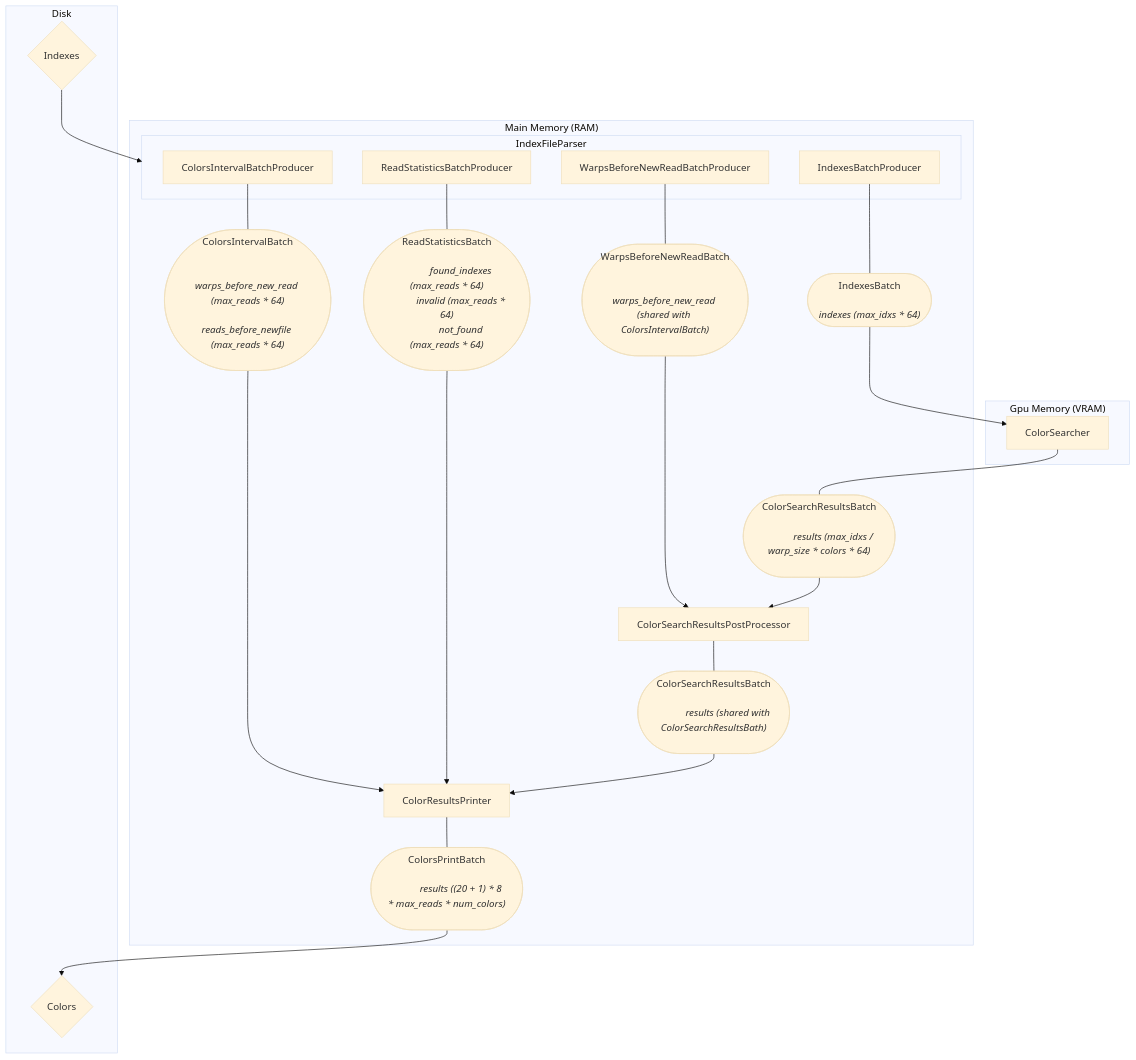
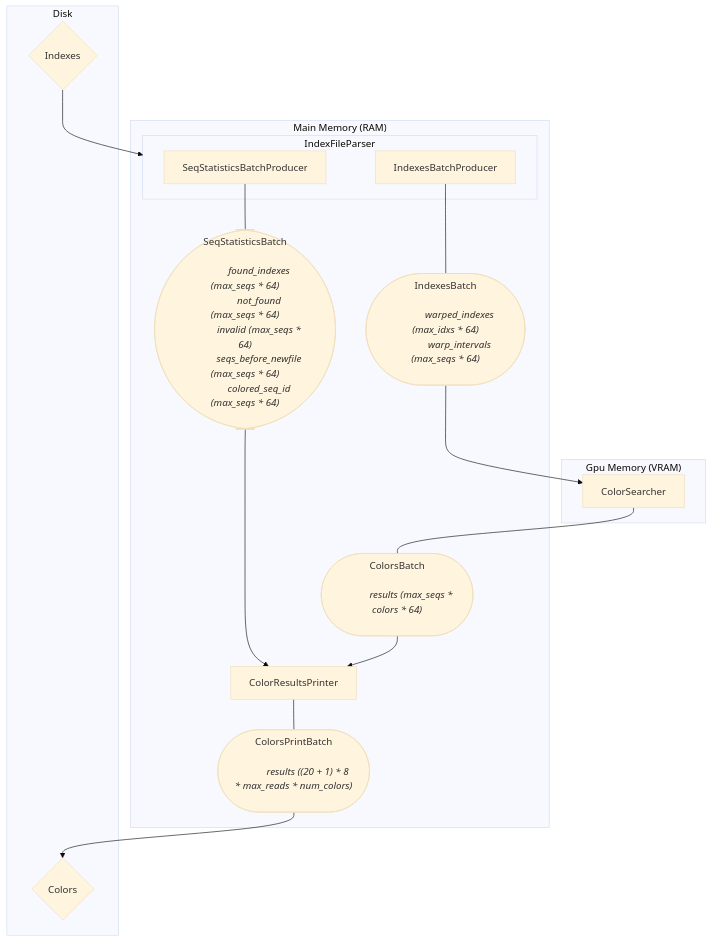
One commit to CowKeyMan/SBWT-Search changed the diagram in documentation/Documents/ProjectDocumentation/graphs/ColorSearchComponentsPipeline.mmd. Above: the diagram before and after it, drawn with Mermaid (base theme).

Commit message:
Update ColorSearchComponentPipeline chart

```diff
--- a/documentation/Documents/ProjectDocumentation/graphs/ColorSearchComponentsPipeline.mmd
+++ b/documentation/Documents/ProjectDocumentation/graphs/ColorSearchComponentsPipeline.mmd
@@ -1,86 +1,61 @@
 flowchart TD
     subgraph "Main Memory (RAM)"
         IndexesBatch(["
             IndexesBatch
             <i>
-            indexes (max_idxs * 64)
+            warped_indexes (max_idxs * 64)
+            warp_intervals (max_seqs * 64)
             </i>
         "])
-        ColorsIntervalBatch(["
-            ColorsIntervalBatch
+        SeqStatisticsBatch(["
+            SeqStatisticsBatch
             <i>
-            warps_before_new_read (max_reads * 64)
-            reads_before_newfile (max_reads * 64)
+            found_indexes (max_seqs * 64)
+            not_found (max_seqs * 64)
+            invalid (max_seqs * 64)
+            seqs_before_newfile (max_seqs * 64)
+            colored_seq_id (max_seqs * 64)
             </i>
         "])
-        WarpsBeforeNewReadBatch(["
-            WarpsBeforeNewReadBatch
+        ColorsBatch(["
+            ColorsBatch
             <i>
-            warps_before_new_read (shared with ColorsIntervalBatch)
-            </i>
-        "])
-        ReadStatisticsBatch(["
-            ReadStatisticsBatch
-            <i>
-            found_indexes (max_reads * 64)
-            invalid (max_reads * 64)
-            not_found (max_reads * 64)
-            </i>
-        "])
-        ColorSearchResultsBatch(["
-            ColorSearchResultsBatch
-            <i>
-            results (max_idxs / warp_size * colors * 64)
-            </i>
-        "])
-        ColorSearchResultsPostProcessedBatch(["
-            ColorSearchResultsBatch
-            <i>
-            results (shared with ColorSearchResultsBath)
+            results (max_seqs * colors * 64)
             </i>
         "])
         ColorsPrintBatch(["
             ColorsPrintBatch
             <i>
             results ((20 + 1) * 8 * max_reads * num_colors)
             </i>
         "])
-        ColorSearchResultsPostProcessor
         ColorResultsPrinter
 
         subgraph IndexFileParser
             IndexesBatchProducer
-            ColorsIntervalBatchProducer
-            WarpsBeforeNewReadBatchProducer
-            ReadStatisticsBatchProducer
+            SeqStatisticsBatchProducer
         end
     end
 
     subgraph "Gpu Memory (VRAM)"
         ColorSearcher
     end
 
     subgraph Disk
         Indexes{Indexes}
         Colors{Colors}
     end
 
     Indexes --> IndexFileParser
 
     IndexesBatchProducer --- IndexesBatch
-    ColorsIntervalBatchProducer --- ColorsIntervalBatch
-    WarpsBeforeNewReadBatchProducer --- WarpsBeforeNewReadBatch
-    ReadStatisticsBatchProducer --- ReadStatisticsBatch
-    ColorSearchResultsPostProcessor --- ColorSearchResultsPostProcessedBatch
-    ColorSearcher --- ColorSearchResultsBatch
+    SeqStatisticsBatchProducer --- SeqStatisticsBatch
+    ColorSearcher --- ColorsBatch
 
     IndexesBatch --> ColorSearcher
-    ColorsIntervalBatch --> ColorResultsPrinter
-    WarpsBeforeNewReadBatch --> ColorSearchResultsPostProcessor
-    ColorSearchResultsBatch --> ColorSearchResultsPostProcessor
 
-    ReadStatisticsBatch --> ColorResultsPrinter
-    ColorSearchResultsPostProcessedBatch --> ColorResultsPrinter
+    SeqStatisticsBatch --> ColorResultsPrinter
+    ColorsBatch --> ColorResultsPrinter
 
     ColorResultsPrinter --- ColorsPrintBatch
     ColorsPrintBatch --> Colors
```
